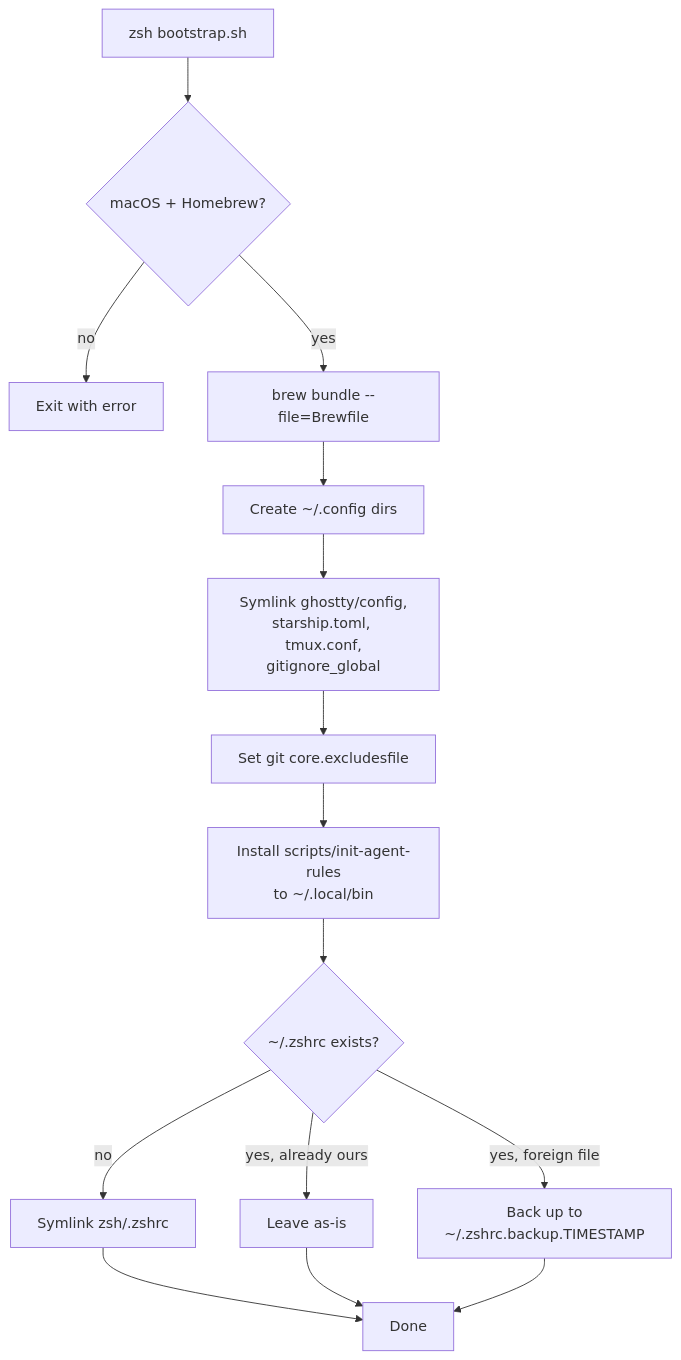
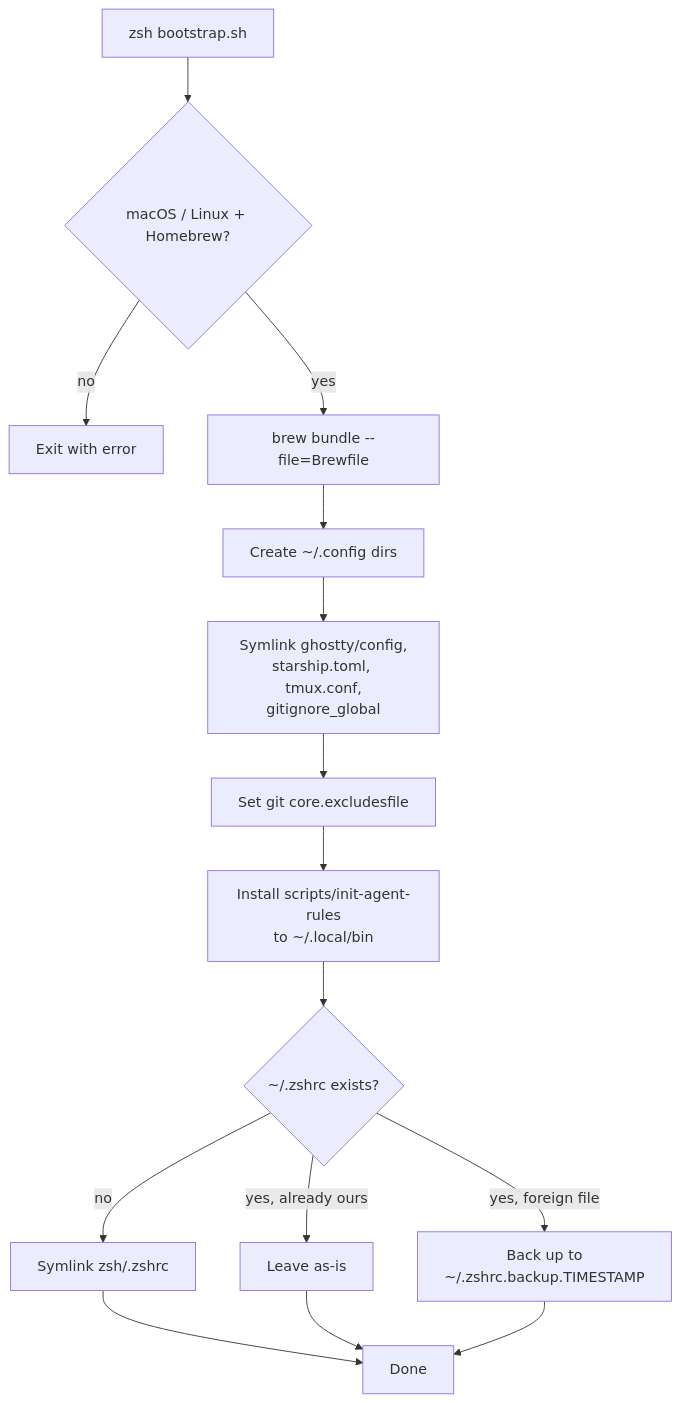
The first of 2 diagrams in README.md (thecodekaizen/awesome-dev-setup), drawn with Mermaid before and after one commit. The commit also changed other lines of this file, not shown here.

````diff
--- a/README.md
+++ b/README.md
@@ -105,17 +63,17 @@
 ```mermaid
 flowchart TD
-    A[zsh bootstrap.sh] --> B{macOS + Homebrew?}
+    A[zsh bootstrap.sh] --> B{macOS / Linux + Homebrew?}
     B -- no --> Z[Exit with error]
     B -- yes --> C[brew bundle --file=Brewfile]
     C --> D[Create ~/.config dirs]
     D --> E["Symlink ghostty/config,\nstarship.toml, tmux.conf,\ngitignore_global"]
     E --> F[Set git core.excludesfile]
     F --> G[Install scripts/init-agent-rules\nto ~/.local/bin]
     G --> H{~/.zshrc exists?}
     H -- "no" --> I[Symlink zsh/.zshrc]
     H -- "yes, already ours" --> J[Leave as-is]
     H -- "yes, foreign file" --> K["Back up to\n~/.zshrc.backup.TIMESTAMP"]
     I --> L[Done]
     J --> L
     K --> L
 ```
````
